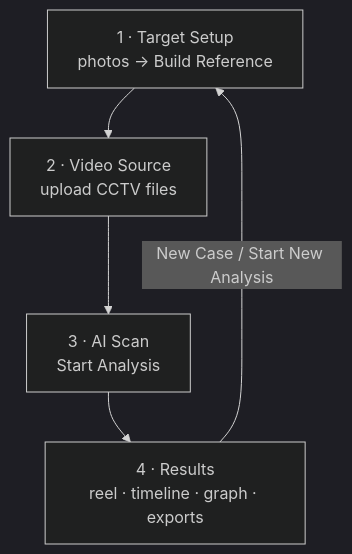
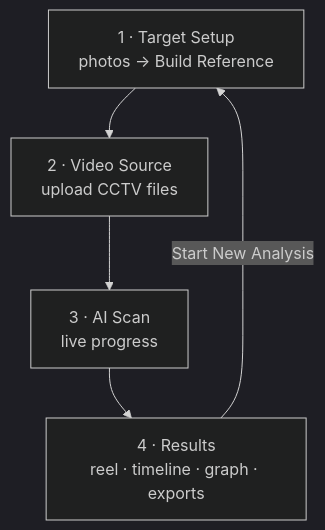
One commit to RishabhPR77/video-target-id changed the second of 4 diagrams in README.md. Above: the diagram before and after it, drawn with Mermaid (dark theme). The commit also changed other lines of this file and 94 other files, not shown here.

````diff
--- a/README.md
+++ b/README.md
@@ -133,7 +168,7 @@
 ```mermaid
 flowchart TB
     S1[1 · Target Setup<br/>photos → Build Reference] --> S2[2 · Video Source<br/>upload CCTV files]
-    S2 --> S3[3 · AI Scan<br/>Start Analysis]
+    S2 --> S3[3 · AI Scan<br/>live progress]
     S3 --> S4[4 · Results<br/>reel · timeline · graph · exports]
-    S4 -->|New Case / Start New Analysis| S1
+    S4 -->|Start New Analysis| S1
 ```
````
